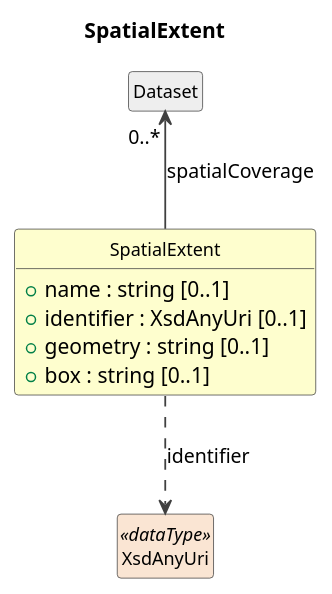
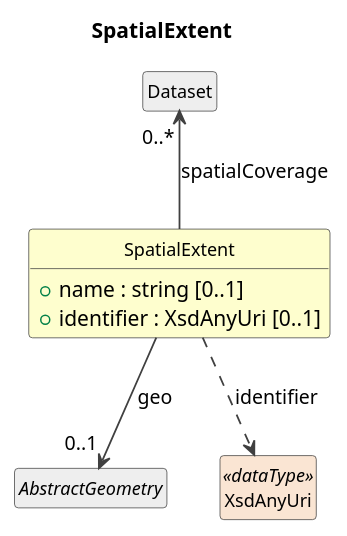
One commit to Cross-Domain-Interoperability-Framework/metadataBuildingBlocks changed the diagram in build/field-level-documentation/CDIFDiscovery/Classes/SpatialExtent.pu. Above: the diagram before and after it, drawn with PlantUML. The commit also changed 64 other files, not shown here.

```diff
--- a/build/field-level-documentation/CDIFDiscovery/Classes/SpatialExtent.pu
+++ b/build/field-level-documentation/CDIFDiscovery/Classes/SpatialExtent.pu
@@ -1,24 +1,24 @@
 @startuml
 title SpatialExtent
 hide circle
 hide empty members
 skinparam shadowing false
 skinparam ArrowThickness 1.2
 skinparam class {
   ArrowColor #404040
   BorderColor #404040
   FontSize 12
 }
 
 class "SpatialExtent" as SpatialExtent #FEFECE {
   +name : string [0..1]
   +identifier : XsdAnyUri [0..1]
-  +geometry : string [0..1]
-  +box : string [0..1]
 }
 class "Dataset" as Dataset #EEEEEE
 Dataset "0..*" <-- SpatialExtent : spatialCoverage
+abstract class "AbstractGeometry" as AbstractGeometry #EEEEEE
+SpatialExtent --> "0..1" AbstractGeometry : geo
 class "XsdAnyUri" as XsdAnyUri <<dataType>> #FAE5D3
 SpatialExtent ..> XsdAnyUri : identifier
 
 @enduml
```
